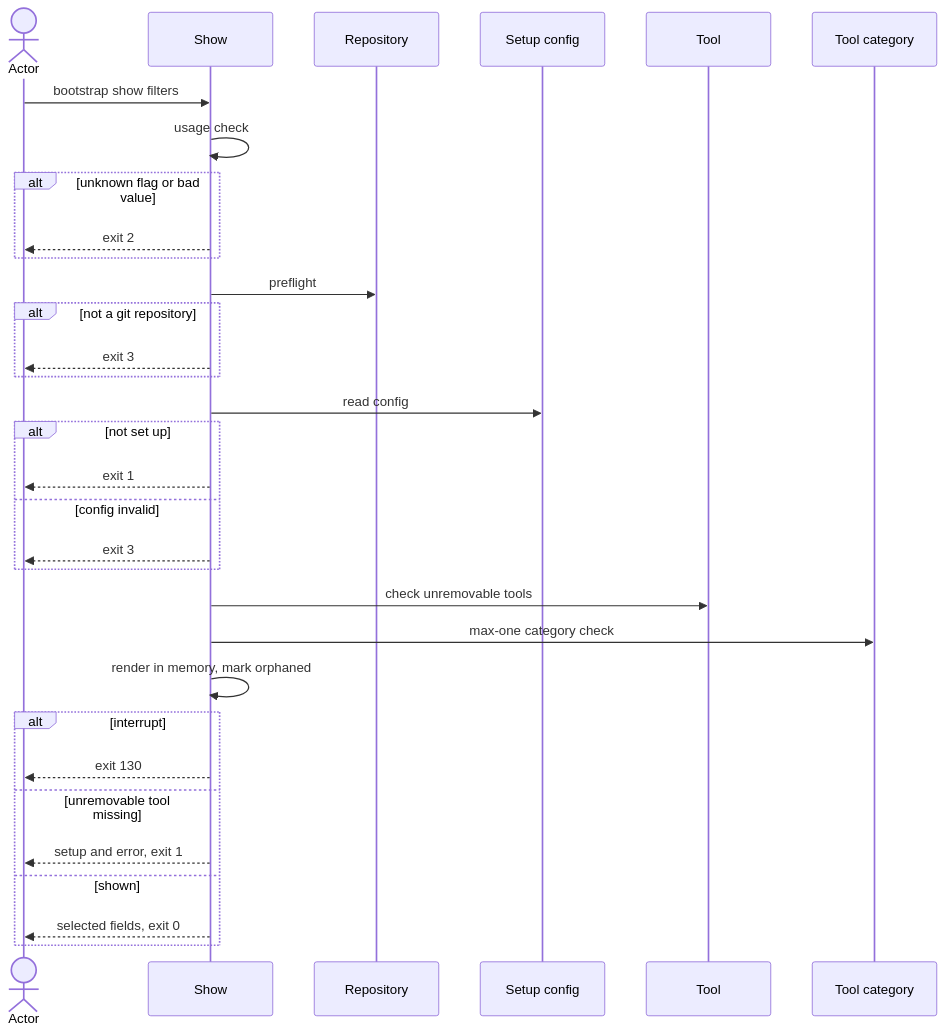
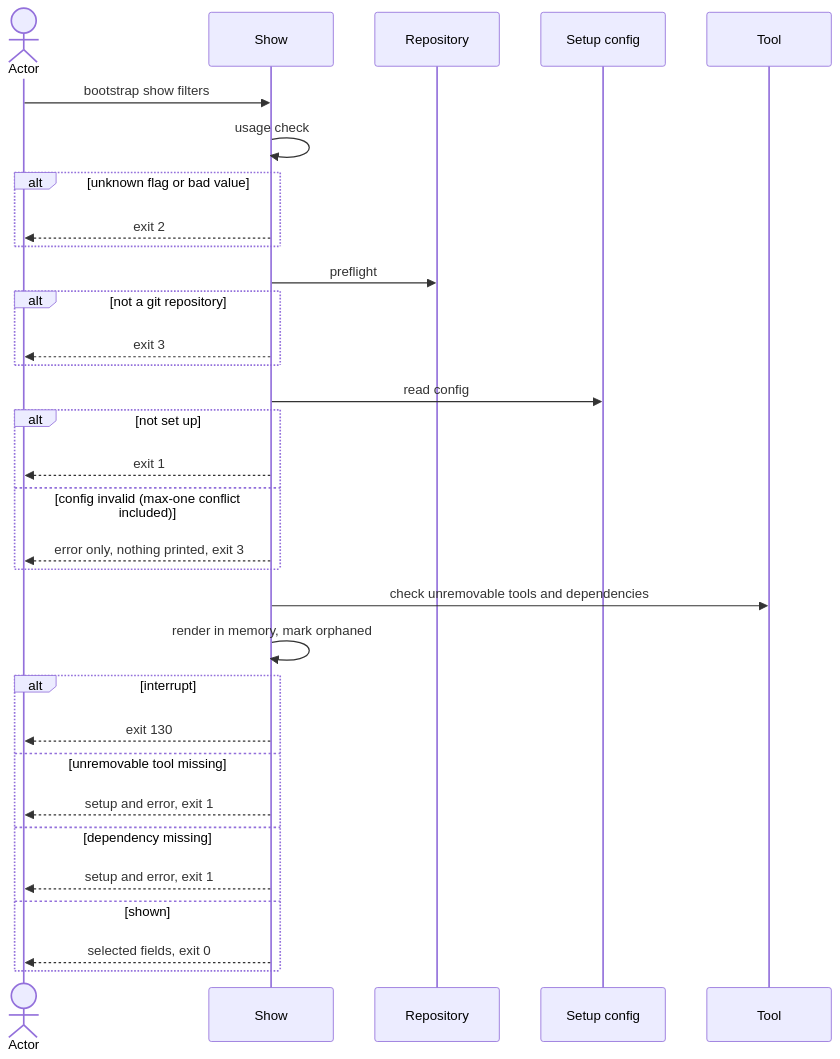
Before and after one commit to virajp/bootstrap: the diagram in docs/blueprint/flows/cli/170-show-setup/index.md, drawn with Mermaid. The commit also changed other lines of this file and 17 other files, not shown here.

````diff
--- a/docs/blueprint/flows/cli/170-show-setup/index.md
+++ b/docs/blueprint/flows/cli/170-show-setup/index.md
@@ -104,34 +122,34 @@
 ```mermaid
 sequenceDiagram
     actor O as Actor
     participant S as Show
     participant R as Repository
     participant C as Setup config
     participant G as Tool
-    participant K as Tool category
     O->>S: bootstrap show filters
     S->>S: usage check
     alt unknown flag or bad value
         S-->>O: exit 2
     end
     S->>R: preflight
     alt not a git repository
         S-->>O: exit 3
     end
     S->>C: read config
     alt not set up
         S-->>O: exit 1
-    else config invalid
-        S-->>O: exit 3
+    else config invalid (max-one conflict included)
+        S-->>O: error only, nothing printed, exit 3
     end
-    S->>G: check unremovable tools
-    S->>K: max-one category check
+    S->>G: check unremovable tools and dependencies
     S->>S: render in memory, mark orphaned
     alt interrupt
         S-->>O: exit 130
     else unremovable tool missing
         S-->>O: setup and error, exit 1
+    else dependency missing
+        S-->>O: setup and error, exit 1
     else shown
         S-->>O: selected fields, exit 0
     end
 ```
````
